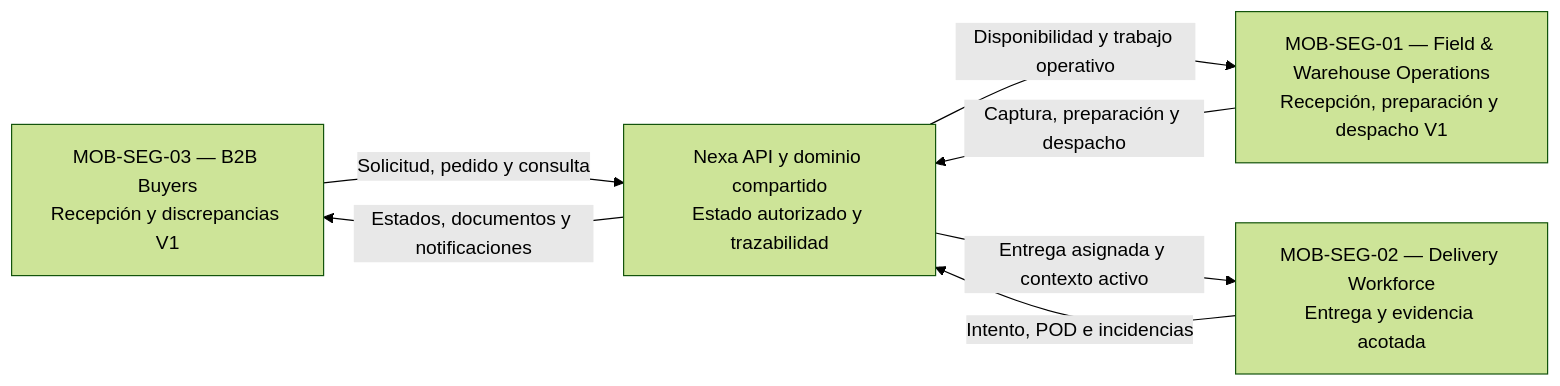
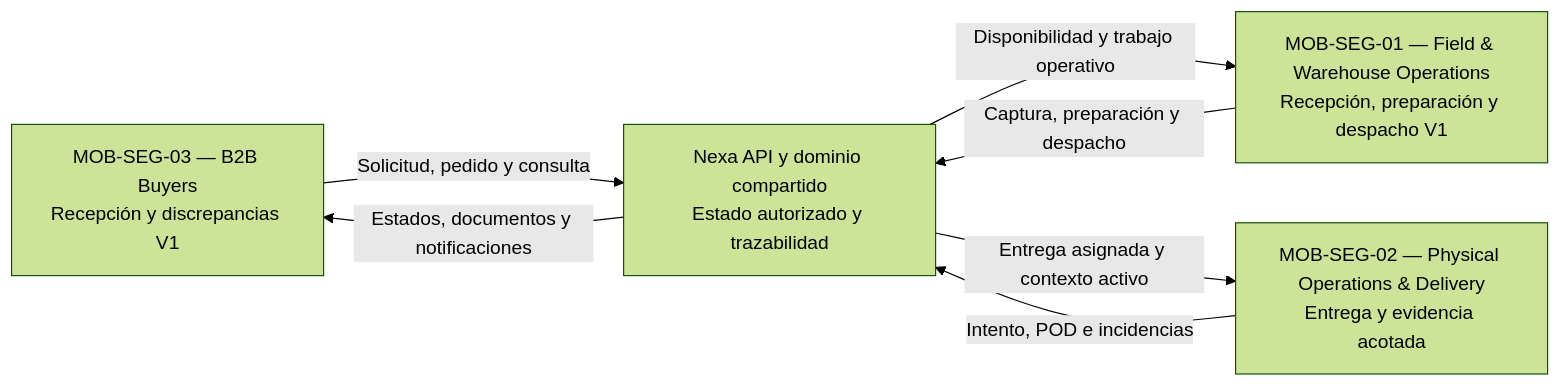
One commit to nexa-suite/mobile-report changed the diagram in report/01-presentation/1.3-target-segments/target-segments.md. Above: the diagram before and after it, drawn with Mermaid (forest theme). The commit also changed other lines of this file and 14 other files, not shown here.

````diff
--- a/report/01-presentation/1.3-target-segments/target-segments.md
+++ b/report/01-presentation/1.3-target-segments/target-segments.md
@@ -26,14 +26,14 @@
 ```mermaid
 flowchart LR
     BUYER["MOB-SEG-03 — B2B Buyers<br/>Recepción y discrepancias V1"]
     FIELD["MOB-SEG-01 — Field & Warehouse Operations<br/>Recepción, preparación y despacho V1"]
-    DRIVER["MOB-SEG-02 — Delivery Workforce<br/>Entrega y evidencia acotada"]
+    DRIVER["MOB-SEG-02 — Physical Operations & Delivery<br/>Entrega y evidencia acotada"]
     API["Nexa API y dominio compartido<br/>Estado autorizado y trazabilidad"]
 
     BUYER -->|Solicitud, pedido y consulta| API
     FIELD -->|Captura, preparación y despacho| API
     DRIVER -->|Intento, POD e incidencias| API
     API -->|Estados, documentos y notificaciones| BUYER
     API -->|Disponibilidad y trabajo operativo| FIELD
     API -->|Entrega asignada y contexto activo| DRIVER
 ```
````
